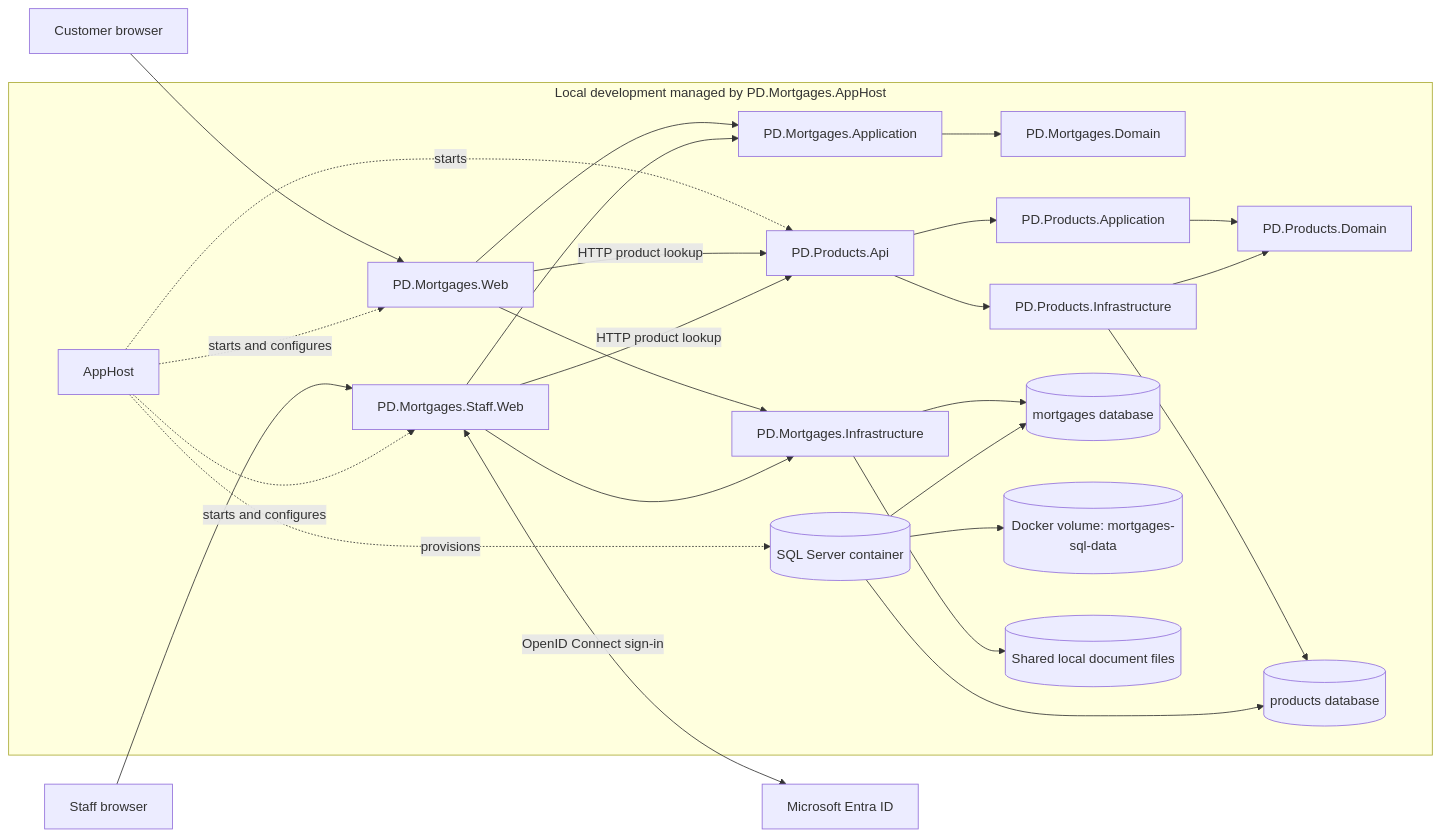
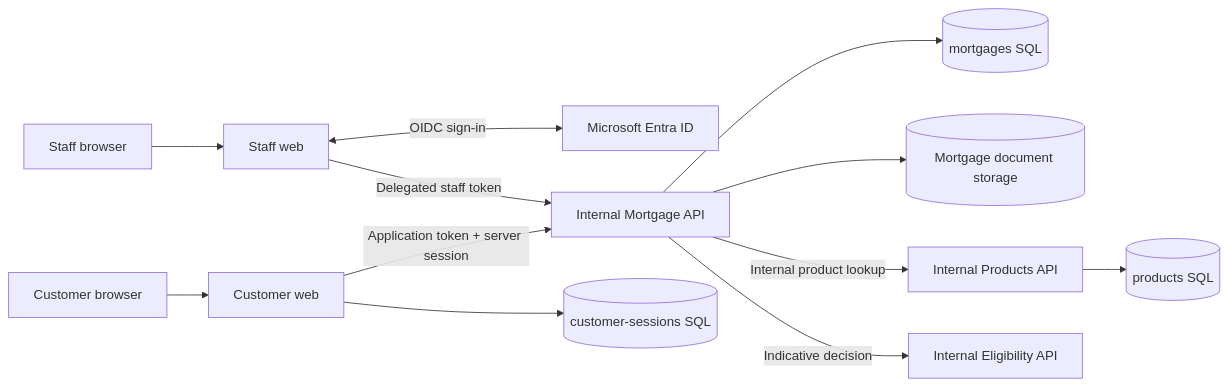
One commit to eyeballpaul/Mortgage-Processing-Application changed the first of 2 diagrams in docs/architecture.md. Above: the diagram before and after it, drawn with Mermaid. The commit also changed other lines of this file and 168 other files, not shown here.

Commit message:
split out mortgage api and eligibility

````diff
--- a/docs/architecture.md
+++ b/docs/architecture.md
@@ -7,47 +5,14 @@
 ```mermaid
 flowchart LR
-    CustomerUser[Customer browser] --> CustomerWeb[PD.Mortgages.Web]
-    StaffUser[Staff browser] --> StaffWeb[PD.Mortgages.Staff.Web]
-    StaffWeb <-->|OpenID Connect sign-in| Entra[Microsoft Entra ID]
-
-    subgraph Local["Local development managed by PD.Mortgages.AppHost"]
-        AppHost[AppHost]
-        CustomerWeb
-        StaffWeb
-        ProductsApi[PD.Products.Api]
-        App[PD.Mortgages.Application]
-        Domain[PD.Mortgages.Domain]
-        Infrastructure[PD.Mortgages.Infrastructure]
-        ProductsApplication[PD.Products.Application]
-        ProductsDomain[PD.Products.Domain]
-        ProductsInfrastructure[PD.Products.Infrastructure]
-        SqlServer[(SQL Server container)]
-        MortgageDatabase[(mortgages database)]
-        ProductsDatabase[(products database)]
-        Volume[(Docker volume: mortgages-sql-data)]
-        Documents[(Shared local document files)]
-
-        AppHost -. starts and configures .-> CustomerWeb
-        AppHost -. starts and configures .-> StaffWeb
-        AppHost -. starts .-> ProductsApi
-        AppHost -. provisions .-> SqlServer
-
-        CustomerWeb --> App
-        StaffWeb --> App
-        App --> Domain
-        CustomerWeb --> Infrastructure
-        StaffWeb --> Infrastructure
-        Infrastructure --> MortgageDatabase
-        ProductsApi --> ProductsInfrastructure
-        ProductsInfrastructure --> ProductsDatabase
-        SqlServer --> MortgageDatabase
-        SqlServer --> ProductsDatabase
-        SqlServer --> Volume
-        Infrastructure --> Documents
-        CustomerWeb -->|HTTP product lookup| ProductsApi
-        StaffWeb -->|HTTP product lookup| ProductsApi
-        ProductsApi --> ProductsApplication
-        ProductsApplication --> ProductsDomain
-        ProductsInfrastructure --> ProductsDomain
-    end
+    Browser[Customer browser] --> Customer[Customer web]
+    StaffBrowser[Staff browser] --> Staff[Staff web]
+    Staff <-->|OIDC sign-in| Entra[Microsoft Entra ID]
+    Customer -->|Application token + server session| API[Internal Mortgage API]
+    Staff -->|Delegated staff token| API
+    Customer --> Sessions[(customer-sessions SQL)]
+    API --> Mortgage[(mortgages SQL)]
+    API --> Documents[(Mortgage document storage)]
+    API -->|Internal product lookup| Products[Internal Products API]
+    API -->|Indicative decision| Eligibility[Internal Eligibility API]
+    Products --> ProductDb[(products SQL)]
 ```
````
